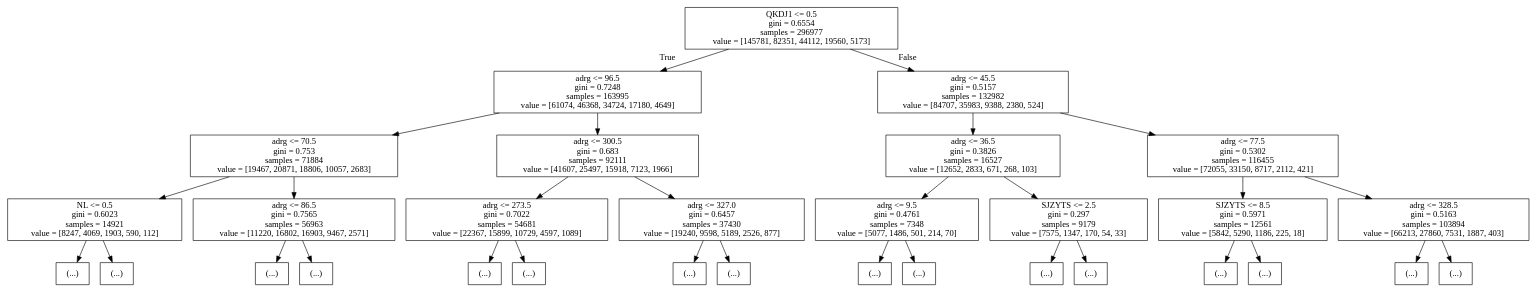
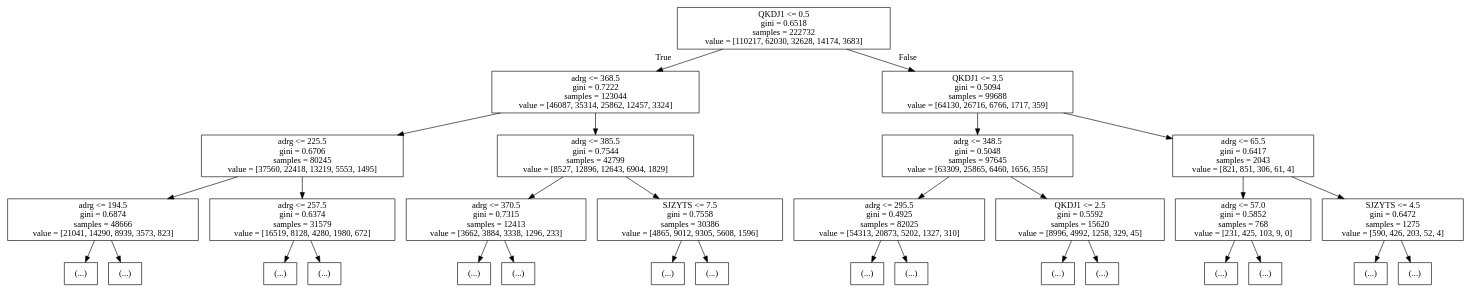
One commit to kunde122/czt1 changed the diagram in tmp/tree1.dot. Above: the diagram before and after it, drawn with Graphviz. The commit also changed 4 other files, not shown here.

```diff
--- a/tmp/tree1.dot
+++ b/tmp/tree1.dot
@@ -1,64 +1,64 @@
 digraph Tree {
 node [shape=box] ;
-0 [label="QKDJ1 <= 0.5\ngini = 0.6554\nsamples = 296977\nvalue = [145781, 82351, 44112, 19560, 5173]"] ;
-1 [label="adrg <= 96.5\ngini = 0.7248\nsamples = 163995\nvalue = [61074, 46368, 34724, 17180, 4649]"] ;
+0 [label="QKDJ1 <= 0.5\ngini = 0.6518\nsamples = 222732\nvalue = [110217, 62030, 32628, 14174, 3683]"] ;
+1 [label="adrg <= 368.5\ngini = 0.7222\nsamples = 123044\nvalue = [46087, 35314, 25862, 12457, 3324]"] ;
 0 -> 1 [labeldistance=2.5, labelangle=45, headlabel="True"] ;
-2 [label="adrg <= 70.5\ngini = 0.753\nsamples = 71884\nvalue = [19467, 20871, 18806, 10057, 2683]"] ;
+2 [label="adrg <= 225.5\ngini = 0.6706\nsamples = 80245\nvalue = [37560, 22418, 13219, 5553, 1495]"] ;
 1 -> 2 ;
-3 [label="NL <= 0.5\ngini = 0.6023\nsamples = 14921\nvalue = [8247, 4069, 1903, 590, 112]"] ;
+3 [label="adrg <= 194.5\ngini = 0.6874\nsamples = 48666\nvalue = [21041, 14290, 8939, 3573, 823]"] ;
 2 -> 3 ;
 4 [label="(...)"] ;
 3 -> 4 ;
-4205 [label="(...)"] ;
-3 -> 4205 ;
-11136 [label="adrg <= 86.5\ngini = 0.7565\nsamples = 56963\nvalue = [11220, 16802, 16903, 9467, 2571]"] ;
-2 -> 11136 ;
-11137 [label="(...)"] ;
-11136 -> 11137 ;
-18842 [label="(...)"] ;
-11136 -> 18842 ;
-32429 [label="adrg <= 300.5\ngini = 0.683\nsamples = 92111\nvalue = [41607, 25497, 15918, 7123, 1966]"] ;
-1 -> 32429 ;
-32430 [label="adrg <= 273.5\ngini = 0.7022\nsamples = 54681\nvalue = [22367, 15899, 10729, 4597, 1089]"] ;
-32429 -> 32430 ;
-32431 [label="(...)"] ;
-32430 -> 32431 ;
-69506 [label="(...)"] ;
-32430 -> 69506 ;
-76057 [label="adrg <= 327.0\ngini = 0.6457\nsamples = 37430\nvalue = [19240, 9598, 5189, 2526, 877]"] ;
-32429 -> 76057 ;
-76058 [label="(...)"] ;
-76057 -> 76058 ;
-80885 [label="(...)"] ;
-76057 -> 80885 ;
-94374 [label="adrg <= 45.5\ngini = 0.5157\nsamples = 132982\nvalue = [84707, 35983, 9388, 2380, 524]"] ;
-0 -> 94374 [labeldistance=2.5, labelangle=-45, headlabel="False"] ;
-94375 [label="adrg <= 36.5\ngini = 0.3826\nsamples = 16527\nvalue = [12652, 2833, 671, 268, 103]"] ;
-94374 -> 94375 ;
-94376 [label="adrg <= 9.5\ngini = 0.4761\nsamples = 7348\nvalue = [5077, 1486, 501, 214, 70]"] ;
-94375 -> 94376 ;
-94377 [label="(...)"] ;
-94376 -> 94377 ;
-96362 [label="(...)"] ;
-94376 -> 96362 ;
-99383 [label="SJZYTS <= 2.5\ngini = 0.297\nsamples = 9179\nvalue = [7575, 1347, 170, 54, 33]"] ;
-94375 -> 99383 ;
-99384 [label="(...)"] ;
-99383 -> 99384 ;
-99629 [label="(...)"] ;
-99383 -> 99629 ;
-102994 [label="adrg <= 77.5\ngini = 0.5302\nsamples = 116455\nvalue = [72055, 33150, 8717, 2112, 421]"] ;
-94374 -> 102994 ;
-102995 [label="SJZYTS <= 8.5\ngini = 0.5971\nsamples = 12561\nvalue = [5842, 5290, 1186, 225, 18]"] ;
-102994 -> 102995 ;
-102996 [label="(...)"] ;
-102995 -> 102996 ;
-106663 [label="(...)"] ;
-102995 -> 106663 ;
-112234 [label="adrg <= 328.5\ngini = 0.5163\nsamples = 103894\nvalue = [66213, 27860, 7531, 1887, 403]"] ;
-102994 -> 112234 ;
-112235 [label="(...)"] ;
-112234 -> 112235 ;
-170276 [label="(...)"] ;
-112234 -> 170276 ;
+31539 [label="(...)"] ;
+3 -> 31539 ;
+36612 [label="adrg <= 257.5\ngini = 0.6374\nsamples = 31579\nvalue = [16519, 8128, 4280, 1980, 672]"] ;
+2 -> 36612 ;
+36613 [label="(...)"] ;
+36612 -> 36613 ;
+40622 [label="(...)"] ;
+36612 -> 40622 ;
+53515 [label="adrg <= 385.5\ngini = 0.7544\nsamples = 42799\nvalue = [8527, 12896, 12643, 6904, 1829]"] ;
+1 -> 53515 ;
+53516 [label="adrg <= 370.5\ngini = 0.7315\nsamples = 12413\nvalue = [3662, 3884, 3338, 1296, 233]"] ;
+53515 -> 53516 ;
+53517 [label="(...)"] ;
+53516 -> 53517 ;
+54972 [label="(...)"] ;
+53516 -> 54972 ;
+59035 [label="SJZYTS <= 7.5\ngini = 0.7558\nsamples = 30386\nvalue = [4865, 9012, 9305, 5608, 1596]"] ;
+53515 -> 59035 ;
+59036 [label="(...)"] ;
+59035 -> 59036 ;
+62275 [label="(...)"] ;
+59035 -> 62275 ;
+68320 [label="QKDJ1 <= 3.5\ngini = 0.5094\nsamples = 99688\nvalue = [64130, 26716, 6766, 1717, 359]"] ;
+0 -> 68320 [labeldistance=2.5, labelangle=-45, headlabel="False"] ;
+68321 [label="adrg <= 348.5\ngini = 0.5048\nsamples = 97645\nvalue = [63309, 25865, 6460, 1656, 355]"] ;
+68320 -> 68321 ;
+68322 [label="adrg <= 295.5\ngini = 0.4925\nsamples = 82025\nvalue = [54313, 20873, 5202, 1327, 310]"] ;
+68321 -> 68322 ;
+68323 [label="(...)"] ;
+68322 -> 68323 ;
+114572 [label="(...)"] ;
+68322 -> 114572 ;
+119127 [label="QKDJ1 <= 2.5\ngini = 0.5592\nsamples = 15620\nvalue = [8996, 4992, 1258, 329, 45]"] ;
+68321 -> 119127 ;
+119128 [label="(...)"] ;
+119127 -> 119128 ;
+124009 [label="(...)"] ;
+119127 -> 124009 ;
+130412 [label="adrg <= 65.5\ngini = 0.6417\nsamples = 2043\nvalue = [821, 851, 306, 61, 4]"] ;
+68320 -> 130412 ;
+130413 [label="adrg <= 57.0\ngini = 0.5852\nsamples = 768\nvalue = [231, 425, 103, 9, 0]"] ;
+130412 -> 130413 ;
+130414 [label="(...)"] ;
+130413 -> 130414 ;
+130489 [label="(...)"] ;
+130413 -> 130489 ;
+130980 [label="SJZYTS <= 4.5\ngini = 0.6472\nsamples = 1275\nvalue = [590, 426, 203, 52, 4]"] ;
+130412 -> 130980 ;
+130981 [label="(...)"] ;
+130980 -> 130981 ;
+131114 [label="(...)"] ;
+130980 -> 131114 ;
 }
```
